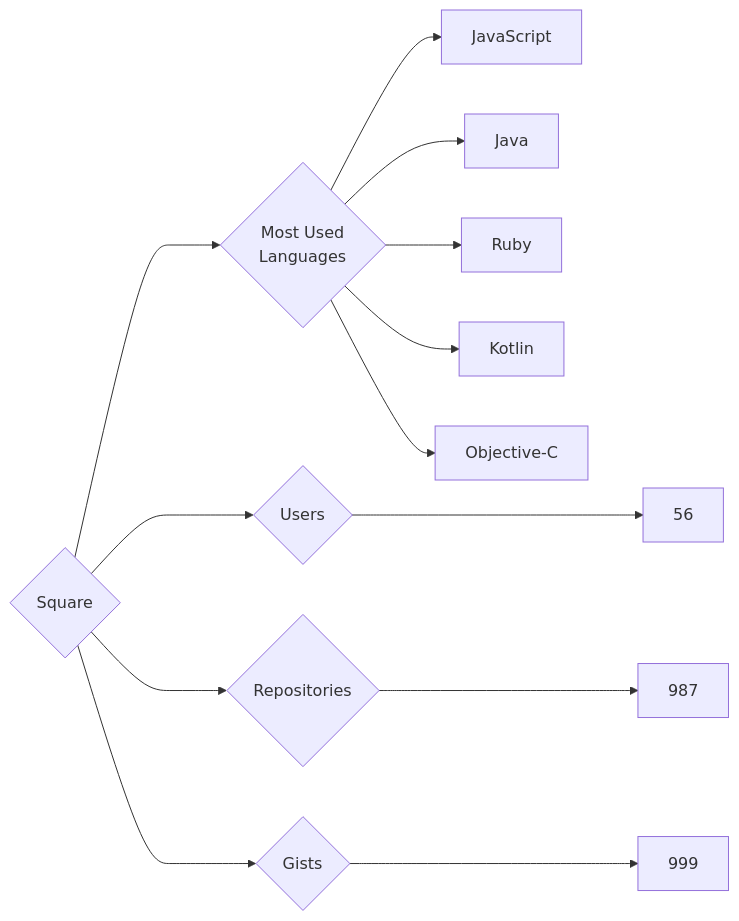
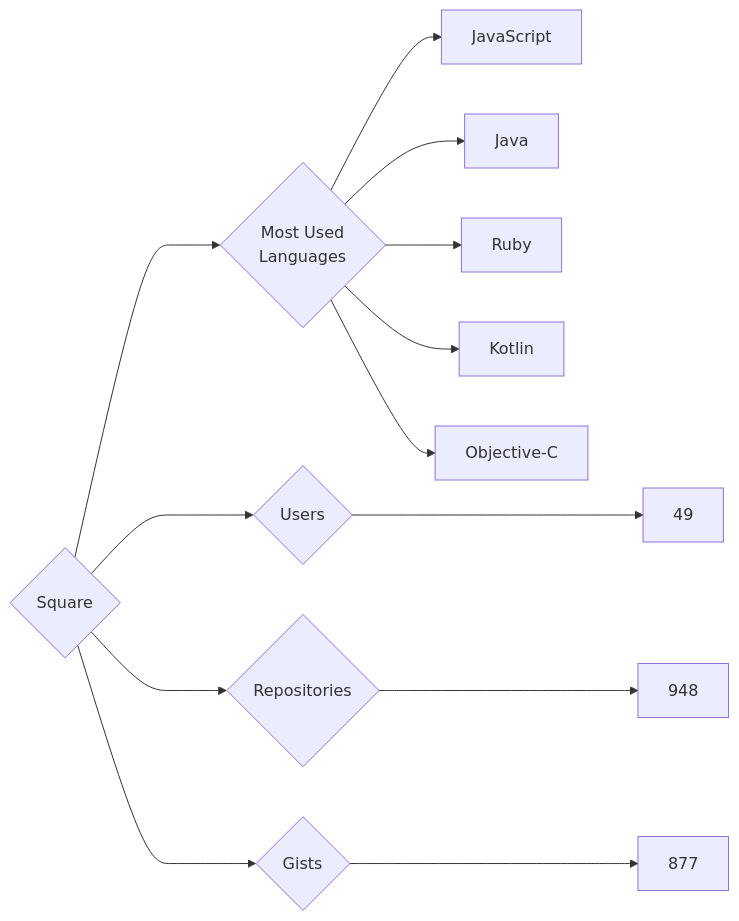
Before and after one commit to trickest/insiders: the diagram in targets/Square/README.md, drawn with Mermaid. The commit also changed 953 other files, not shown here.

````diff
--- a/targets/Square/README.md
+++ b/targets/Square/README.md
@@ -3,13 +3,13 @@
 ```mermaid
 graph LR
 COMPANY_NAME{Square}
-COMPANY_NAME ---> U{Users} ---> UN[56]
-COMPANY_NAME ---> R{Repositories} ---> RN[987]
-COMPANY_NAME ---> G{Gists} ---> GN[999]
+COMPANY_NAME ---> U{Users} ---> UN[49]
+COMPANY_NAME ---> R{Repositories} ---> RN[948]
+COMPANY_NAME ---> G{Gists} ---> GN[877]
 COMPANY_NAME ---> ML{Most Used<br>Languages}
 ML --> JavaScript[JavaScript]
 ML --> Java[Java]
 ML --> Ruby[Ruby]
 ML --> Kotlin[Kotlin]
 ML --> Objective-C[Objective-C]
 ```
````
